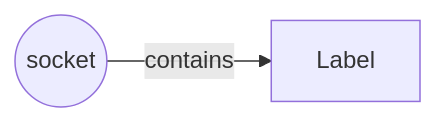
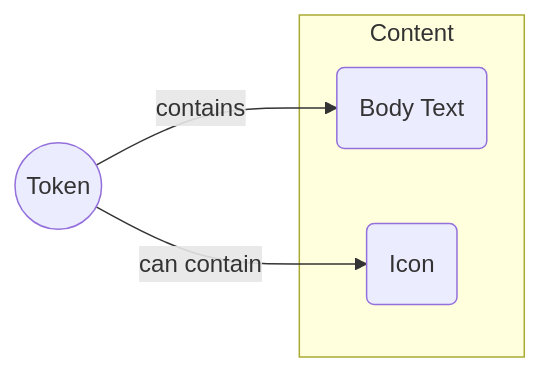
Before and after one commit to incremental-design/seamlss-design-system: diagram 29 of 39 in Components.md, drawn with Mermaid. The commit also changed other lines of this file and 1 other file, not shown here.

````diff
--- a/Components.md
+++ b/Components.md
@@ -200,4 +428,9 @@
 ```mermaid
 flowchart LR
-SC((socket)) -- contains --> Label
+T((Token)) -- contains --> BT(Body Text)
+T -- can contain --> I(Icon)
+subgraph Content
+	BT
+	I
+end
 ```
````
